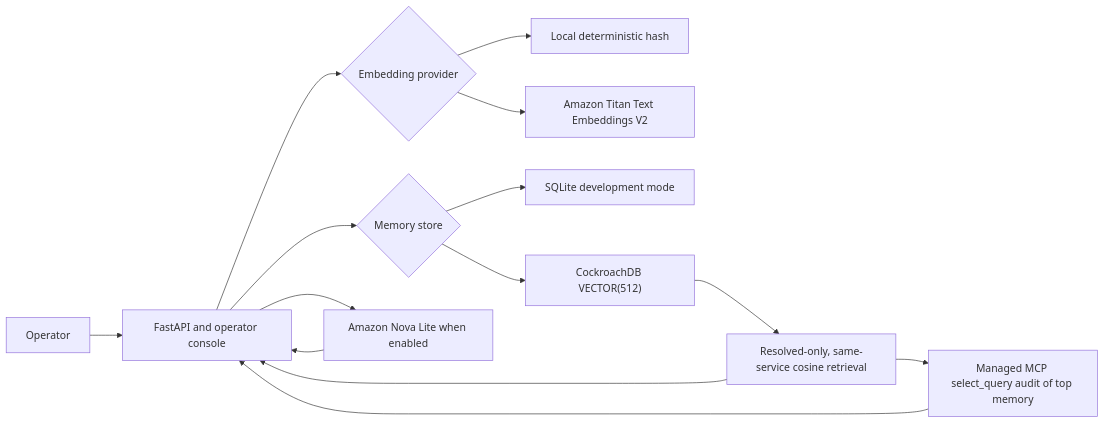
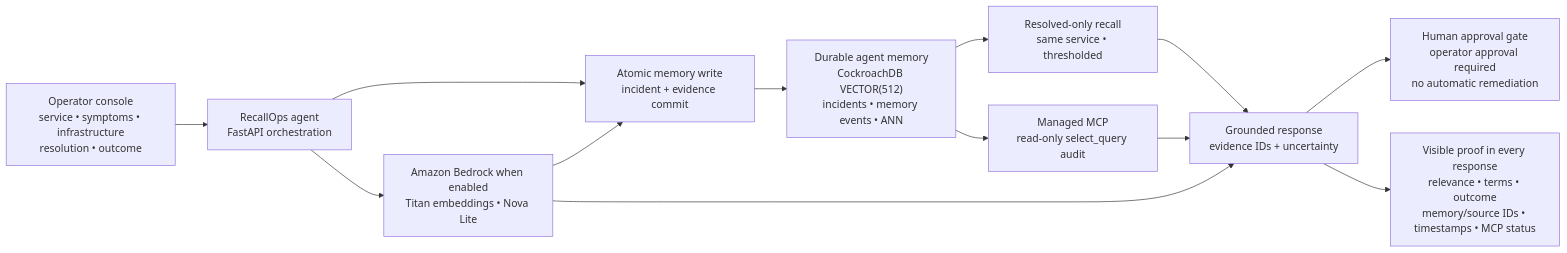
One commit to DattaDhebe/recallops changed the diagram in README.md. Above: the diagram before and after it, drawn with Mermaid. The commit also changed other lines of this file, not shown here.

Commit message:
docs: align README with reviewed architecture

````diff
--- a/README.md
+++ b/README.md
@@ -42,16 +49,15 @@
 ```mermaid
 flowchart LR
-    O["Operator"] --> A["FastAPI and operator console"]
-    A --> E{"Embedding provider"}
-    E --> L["Local deterministic hash"]
-    E --> T["Amazon Titan Text Embeddings V2"]
-    A --> D{"Memory store"}
-    D --> S["SQLite development mode"]
-    D --> C["CockroachDB VECTOR(512)"]
-    C --> V["Resolved-only, same-service cosine retrieval"]
-    V --> A
-    V --> M["Managed MCP select_query audit of top memory"]
-    M --> A
-    A --> N["Amazon Nova Lite when enabled"]
-    N --> A
+    O["Operator console<br/>service • symptoms • infrastructure<br/>resolution • outcome"] --> A["RecallOps agent<br/>FastAPI orchestration"]
+    A --> W["Atomic memory write<br/>incident + evidence commit"]
+    W --> D["Durable agent memory<br/>CockroachDB VECTOR(512)<br/>incidents • memory events • ANN"]
+    D --> R["Resolved-only recall<br/>same service • thresholded"]
+    R --> G["Grounded response<br/>evidence IDs + uncertainty"]
+    D --> Q["Managed MCP<br/>read-only select_query audit"]
+    Q --> G
+    A --> B["Amazon Bedrock when enabled<br/>Titan embeddings • Nova Lite"]
+    B --> W
+    B --> G
+    G --> H["Human approval gate<br/>operator approval required<br/>no automatic remediation"]
+    G --> P["Visible proof in every response<br/>relevance • terms • outcome<br/>memory/source IDs • timestamps • MCP status"]
 ```
````
